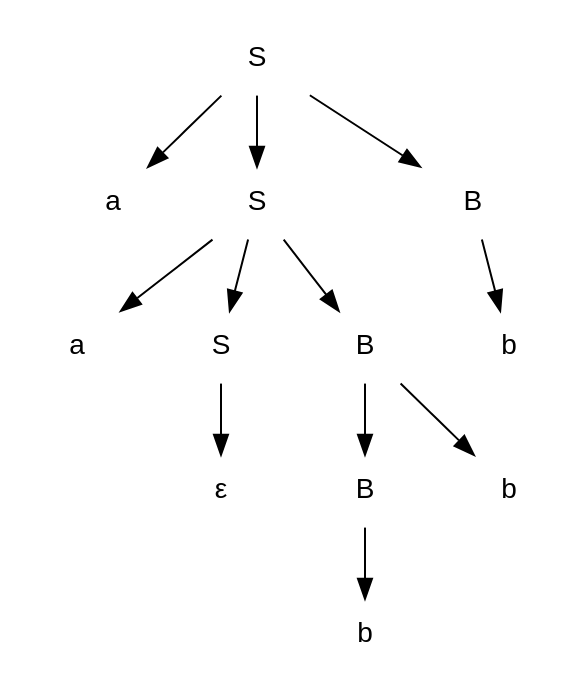
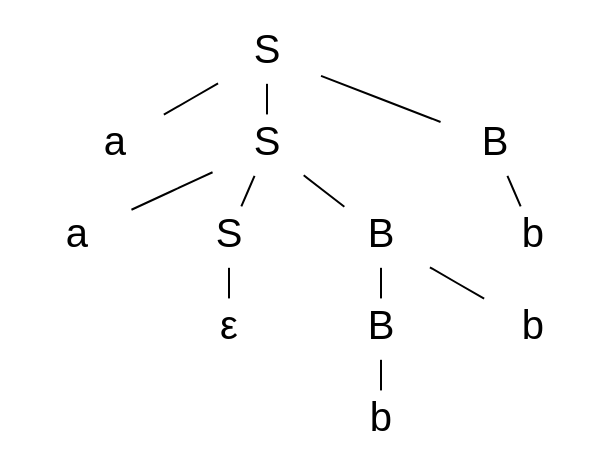
One commit to GoncaloAS/FCUP_1S_3A changed the diagram in Compiladores/figuras/arvore_aabbb_1.dot. Above: the diagram before and after it, drawn with Graphviz. The commit also changed 101 other files, not shown here.

```diff
--- a/Compiladores/figuras/arvore_aabbb_1.dot
+++ b/Compiladores/figuras/arvore_aabbb_1.dot
@@ -1,13 +1,13 @@
 digraph G {
-  rankdir=TB; node [shape=plaintext, fontname="Helvetica", fontsize=14];
+  rankdir=TB; ranksep=0.22; nodesep=0.3; edge [arrowhead=none]; node [shape=plaintext, fontname="Helvetica", fontsize=20, height=0.3];
   Sroot [label="S"]; a1 [label="a"]; Smid [label="S"]; Bouter [label="B"];
   a2 [label="a"]; Sinner [label="S"]; Bmid [label="B"];
   eps [label="ε"]; Bnew [label="B"]; b1 [label="b"];
   b2 [label="b"]; b3 [label="b"];
   Sroot -> a1; Sroot -> Smid; Sroot -> Bouter;
   Smid -> a2; Smid -> Sinner; Smid -> Bmid;
   Sinner -> eps;
   Bmid -> Bnew; Bmid -> b2;
   Bnew -> b1;
   Bouter -> b3;
 }
```
